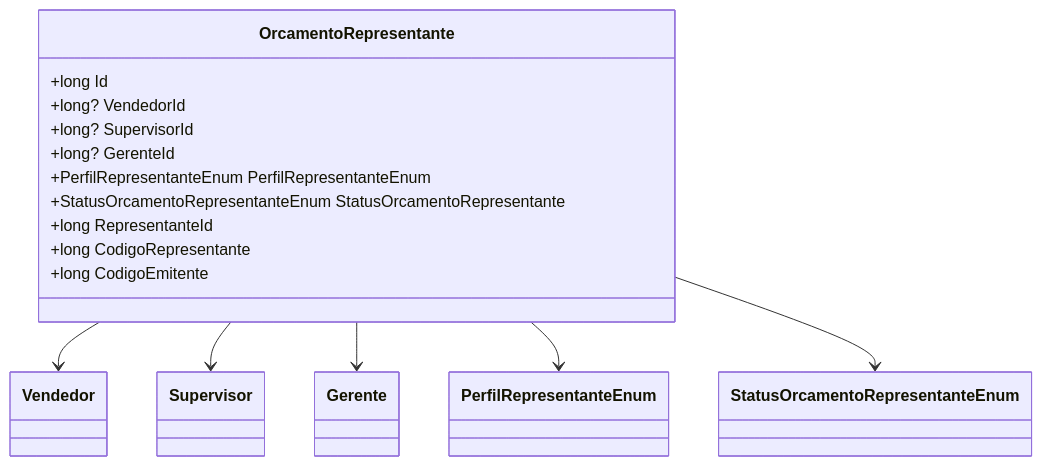
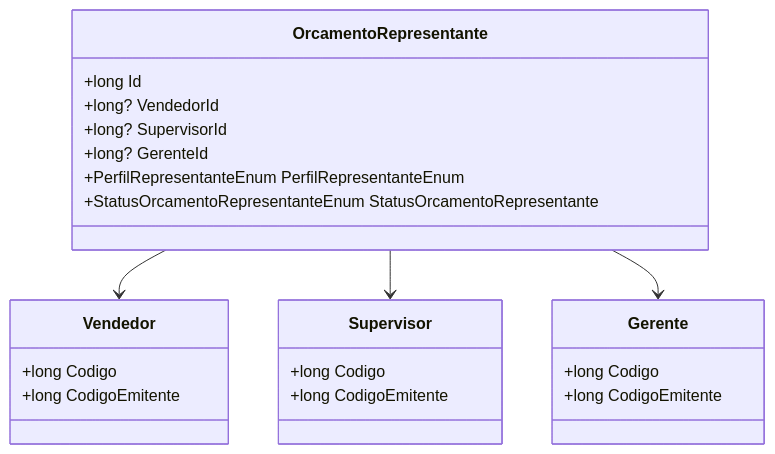
Before and after one commit to IsthmusSistemas/documentacao-tecnica: the diagram in docs/b2b-dominio/IsthmusWinthor.Nucleo/IsthmusWinthor.Dominio/Entidades/OrcamentoRepresentante.md, drawn with Mermaid. The commit also changed other lines of this file and 882 other files, not shown here.

````diff
--- a/docs/b2b-dominio/IsthmusWinthor.Nucleo/IsthmusWinthor.Dominio/Entidades/OrcamentoRepresentante.md
+++ b/docs/b2b-dominio/IsthmusWinthor.Nucleo/IsthmusWinthor.Dominio/Entidades/OrcamentoRepresentante.md
@@ -52,19 +51,27 @@
 ```mermaid
 classDiagram
     class OrcamentoRepresentante {
         +long Id
         +long? VendedorId
         +long? SupervisorId
         +long? GerenteId
         +PerfilRepresentanteEnum PerfilRepresentanteEnum
         +StatusOrcamentoRepresentanteEnum StatusOrcamentoRepresentante
-        +long RepresentanteId
-        +long CodigoRepresentante
+    }
+    class Vendedor {
+        +long Codigo
         +long CodigoEmitente
     }
+    class Supervisor {
+        +long Codigo
+        +long CodigoEmitente
+    }
+    class Gerente {
+        +long Codigo
+        +long CodigoEmitente
+    }
+
     OrcamentoRepresentante --> Vendedor
     OrcamentoRepresentante --> Supervisor
     OrcamentoRepresentante --> Gerente
-    OrcamentoRepresentante --> PerfilRepresentanteEnum
-    OrcamentoRepresentante --> StatusOrcamentoRepresentanteEnum
-```
+``` 
````
